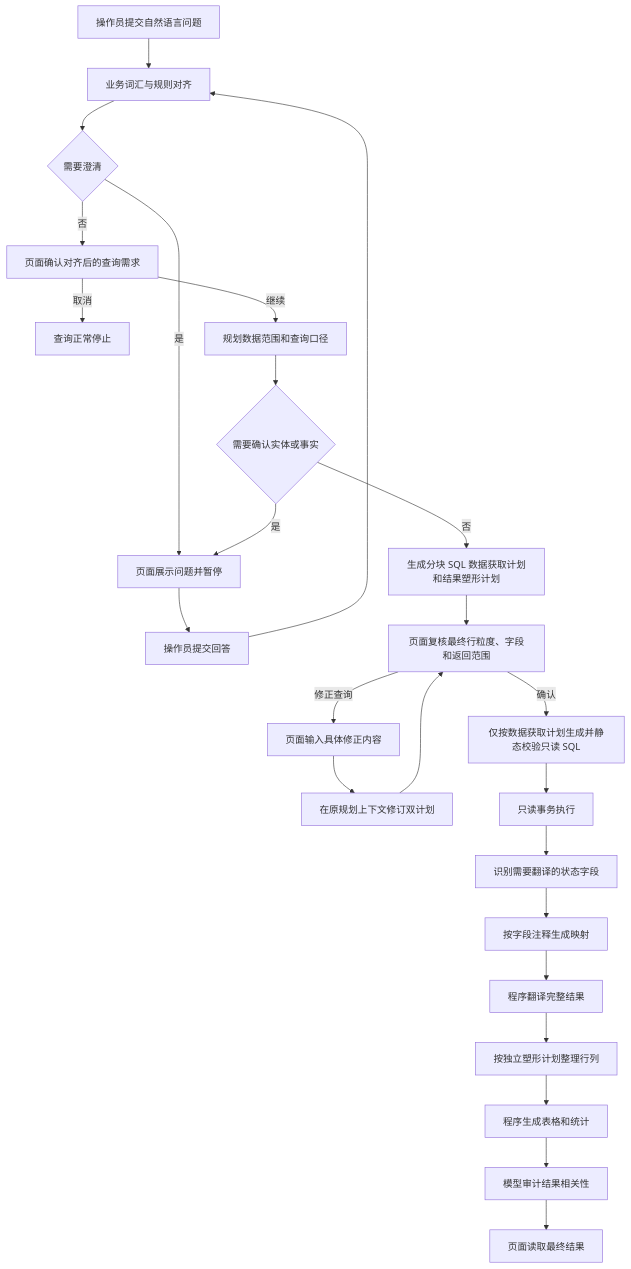
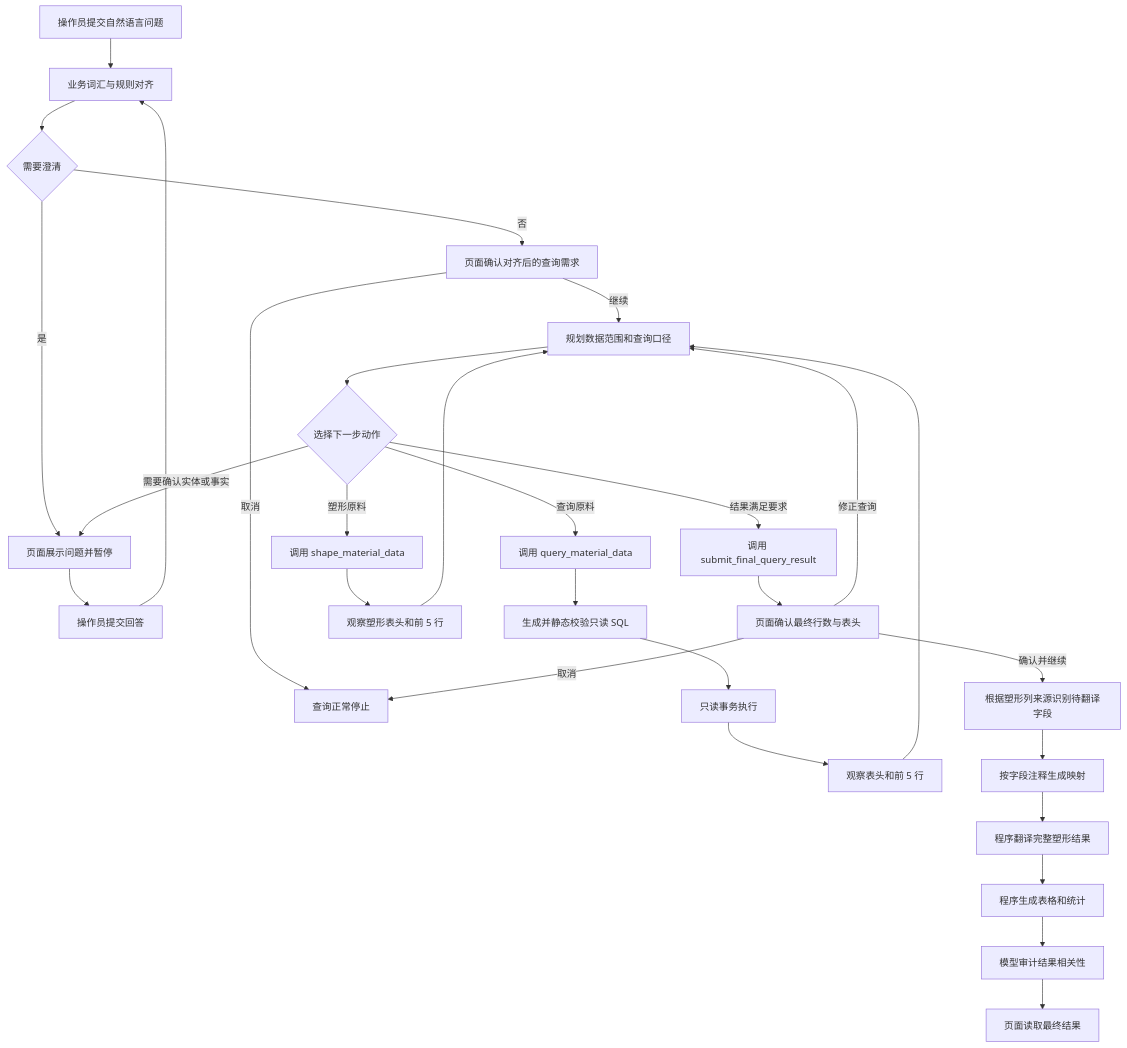
One commit to caicai-6666/flame-sport-pheno-manage-be changed the diagram in description/features/query-agent.md. Above: the diagram before and after it, drawn with Mermaid. The commit also changed other lines of this file and 75 other files, not shown here.

````diff
--- a/description/features/query-agent.md
+++ b/description/features/query-agent.md
@@ -27,27 +27,31 @@
 ```mermaid
 flowchart TD
     A[操作员提交自然语言问题] --> B[业务词汇与规则对齐]
     B --> C{需要澄清}
     C -->|是| D[页面展示问题并暂停]
     D --> E[操作员提交回答]
     E --> B
     C -->|否| F[页面确认对齐后的查询需求]
     F -->|取消| G[查询正常停止]
     F -->|继续| H[规划数据范围和查询口径]
-    H --> I{需要确认实体或事实}
-    I -->|是| D
-    I -->|否| J[生成分块 SQL 数据获取计划和结果塑形计划]
-    J --> V[页面复核最终行粒度、字段和返回范围]
-    V -->|修正查询| X[页面输入具体修正内容]
-    X --> W[在原规划上下文修订双计划]
-    W --> V
-    V -->|确认| K[仅按数据获取计划生成并静态校验只读 SQL]
+    H --> I{选择下一步动作}
+    I -->|需要确认实体或事实| D
+    I -->|查询原料| J[调用 query_material_data]
+    J --> K[生成并静态校验只读 SQL]
     K --> L[只读事务执行]
-    L --> M[识别需要翻译的状态字段]
+    L --> Q[观察表头和前 5 行]
+    Q --> H
+    I -->|塑形原料| R[调用 shape_material_data]
+    R --> P[观察塑形表头和前 5 行]
+    P --> H
+    I -->|结果满足要求| V[调用 submit_final_query_result]
+    V --> W[页面确认最终行数与表头]
+    W -->|取消| G
+    W -->|修正查询| H
+    W -->|确认并继续| M[根据塑形列来源识别待翻译字段]
     M --> N[按字段注释生成映射]
-    N --> O[程序翻译完整结果]
-    O --> R[按独立塑形计划整理行列]
-    R --> S[程序生成表格和统计]
+    N --> O[程序翻译完整塑形结果]
+    O --> S[程序生成表格和统计]
     S --> T[模型审计结果相关性]
     T --> U[页面读取最终结果]
 ```
````
